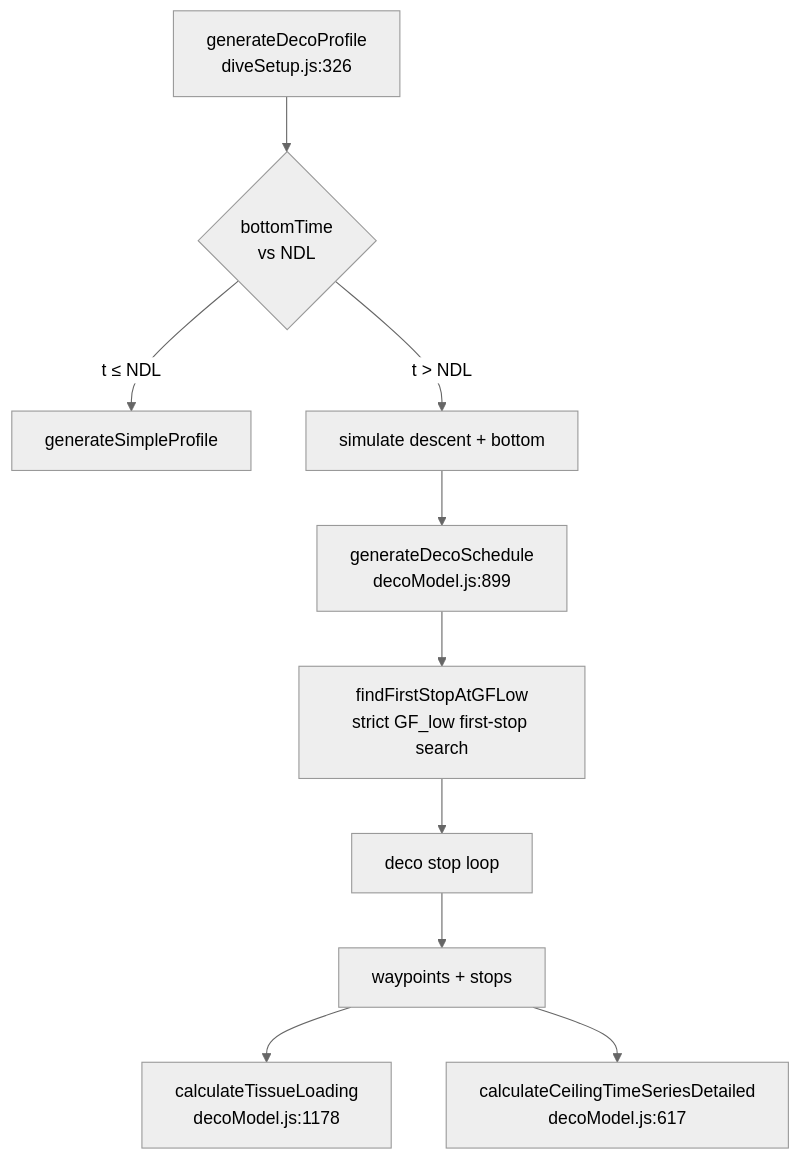
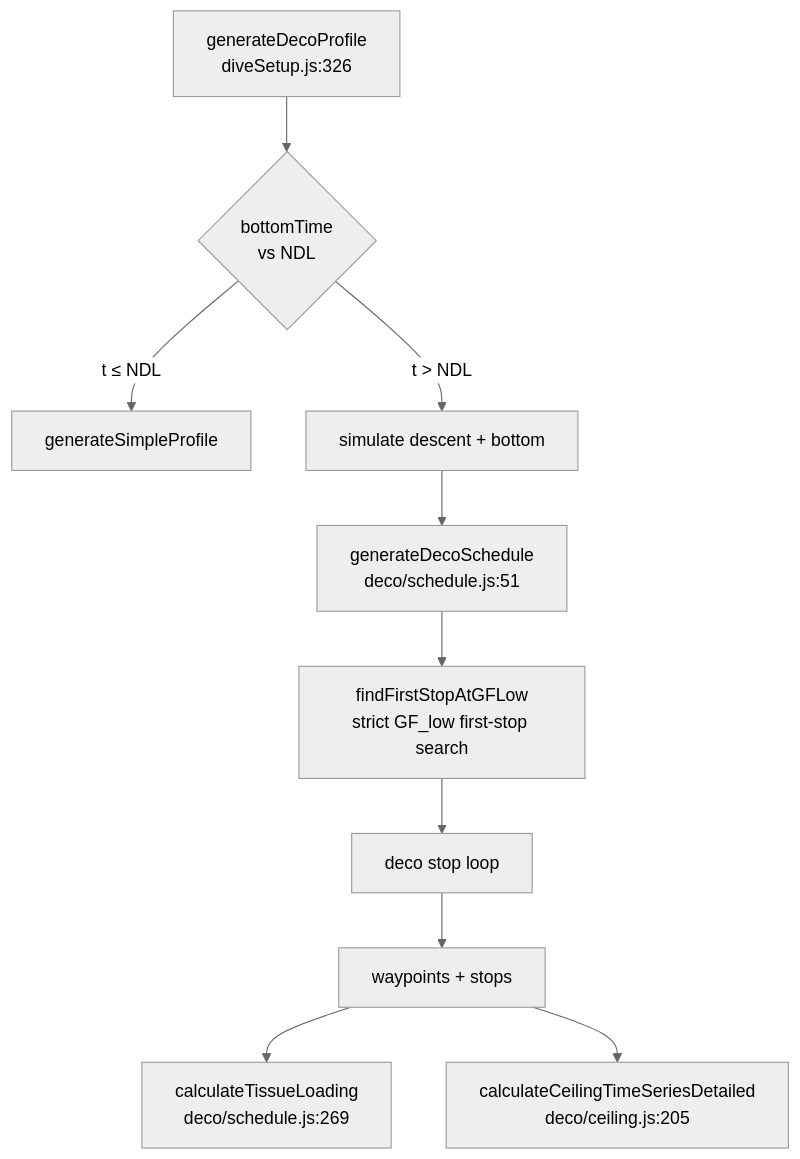
The diagram in wiki/Algorithms.md (matej-hron/decojs), drawn with Mermaid (neutral theme) before and after one commit. The commit also changed other lines of this file and 26 other files, not shown here.

First line of the commit message:
refactor: split decoModel.js into js/deco/* modules behind a barrel

````diff
--- a/wiki/Algorithms.md
+++ b/wiki/Algorithms.md
@@ -13,12 +13,12 @@
 ```mermaid
 flowchart TD
   A[generateDecoProfile<br/>diveSetup.js:326] --> B{bottomTime<br/>vs NDL}
   B -- "t ≤ NDL" --> C[generateSimpleProfile]
   B -- "t > NDL" --> D[simulate descent + bottom]
-  D --> E[generateDecoSchedule<br/>decoModel.js:899]
+  D --> E[generateDecoSchedule<br/>deco/schedule.js:51]
   E --> F[findFirstStopAtGFLow<br/>strict GF_low first-stop search]
   F --> H[deco stop loop]
   H --> I[waypoints + stops]
-  I --> J[calculateTissueLoading<br/>decoModel.js:1178]
-  I --> K[calculateCeilingTimeSeriesDetailed<br/>decoModel.js:617]
+  I --> J[calculateTissueLoading<br/>deco/schedule.js:269]
+  I --> K[calculateCeilingTimeSeriesDetailed<br/>deco/ceiling.js:205]
 ```
````
